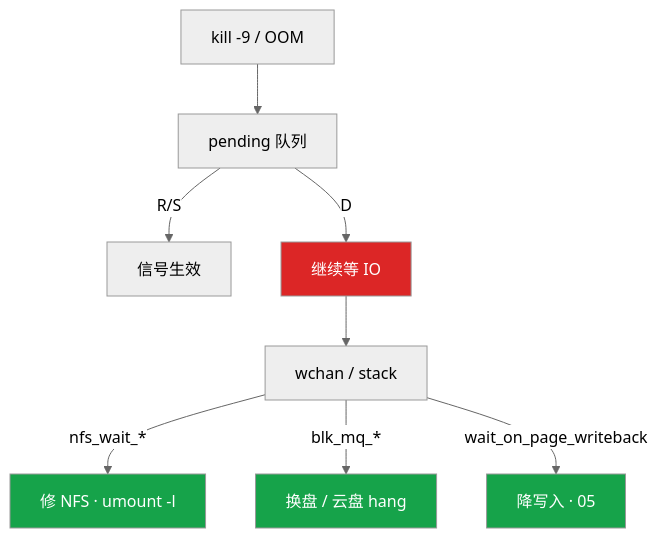
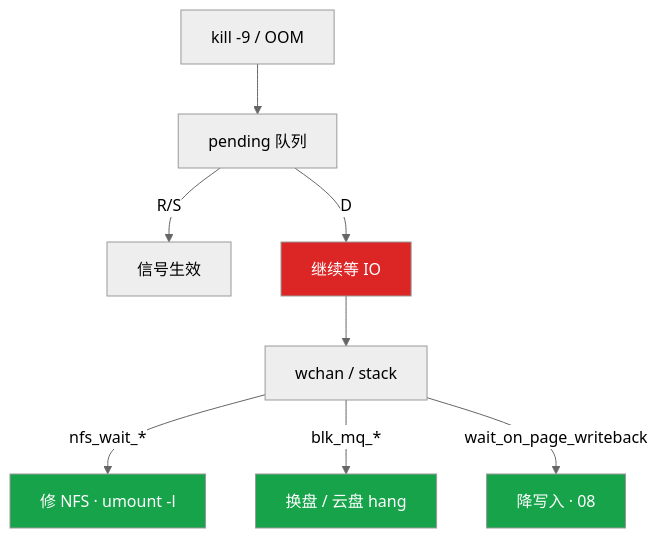
Before and after one commit to ml-cuizijun/LearnToLilith: the seventh of 9 diagrams in 01-基础底座/05-进程与信号/知识点.md, drawn with Mermaid (neutral theme). The commit also changed other lines of this file and 56 other files, not shown here.

````diff
--- a/01-基础底座/05-进程与信号/知识点.md
+++ b/01-基础底座/05-进程与信号/知识点.md
@@ -597,15 +597,15 @@
 ```mermaid
 flowchart TB
     A["kill -9 / OOM"] --> B[pending 队列]
     B -->|R/S| C[信号生效]
     B -->|D| D1[继续等 IO]
     D1 --> E[wchan / stack]
     E -->|nfs_wait_*| F[修 NFS · umount -l]
     E -->|blk_mq_*| G[换盘 / 云盘 hang]
-    E -->|wait_on_page_writeback| H["降写入 · 05"]
+    E -->|wait_on_page_writeback| H["降写入 · 08"]
 
     classDef bad fill:#DC2626,color:#fff
     classDef ok fill:#16A34A,color:#fff
     class D1 bad
     class F,G,H ok
 ```
````
